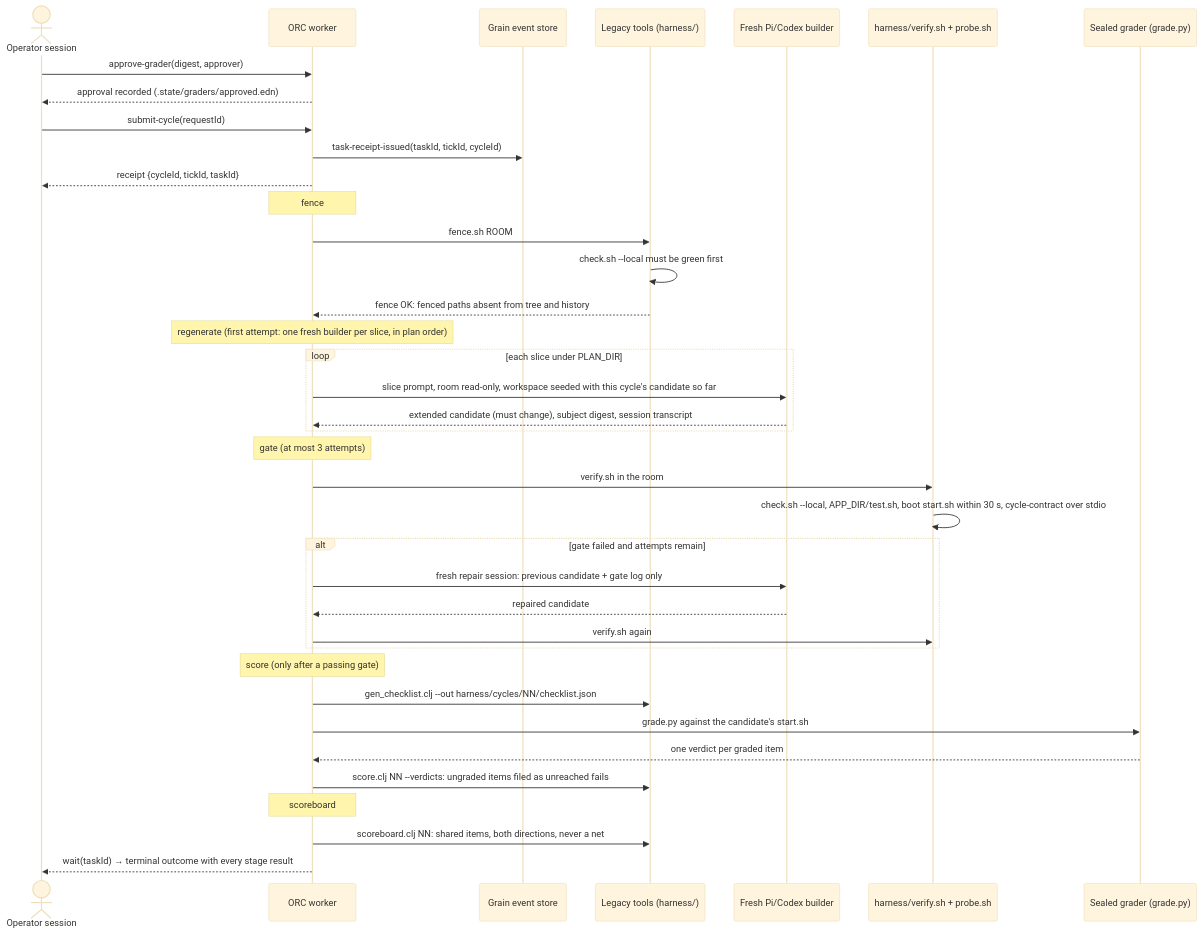
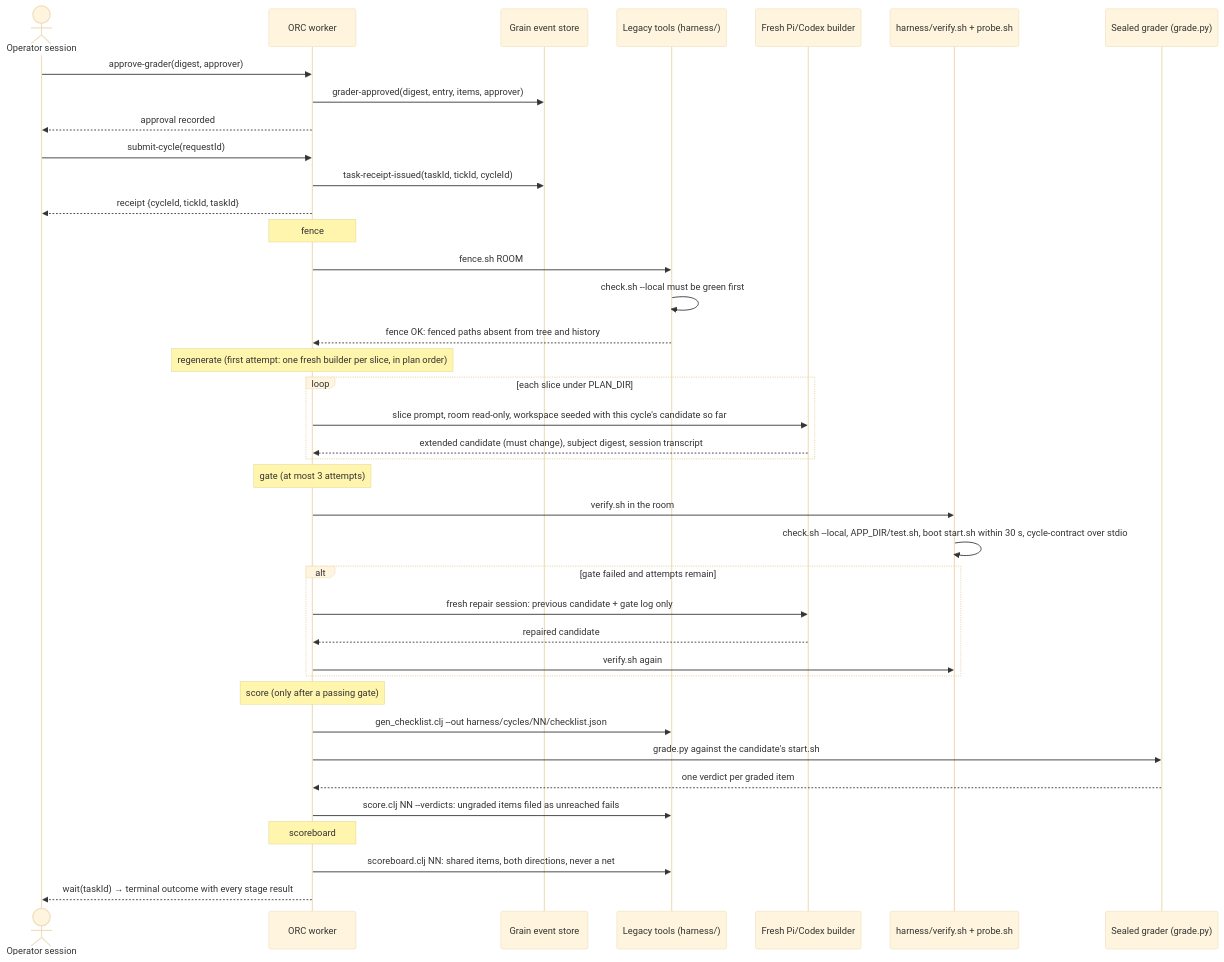
The third of 6 diagrams in .pi/architecture.md (scope-impact/loyly), drawn with Mermaid (base theme) before and after one commit. The commit also changed other lines of this file and 13 other files, not shown here.

First line of the commit message:
Approve graders as Grain facts, and score with every approved grader

````diff
--- a/.pi/architecture.md
+++ b/.pi/architecture.md
@@ -199,41 +199,42 @@
 ```mermaid
 sequenceDiagram
     actor Operator as Operator session
     participant ORC as ORC worker
     participant Grain as Grain event store
     participant Tools as Legacy tools (harness/)
     participant Builder as Fresh Pi/Codex builder
     participant Gate as harness/verify.sh + probe.sh
     participant Grader as Sealed grader (grade.py)
 
     Operator->>ORC: approve-grader(digest, approver)
-    ORC-->>Operator: approval recorded (.state/graders/approved.edn)
+    ORC->>Grain: grader-approved(digest, entry, items, approver)
+    ORC-->>Operator: approval recorded
     Operator->>ORC: submit-cycle(requestId)
     ORC->>Grain: task-receipt-issued(taskId, tickId, cycleId)
     ORC-->>Operator: receipt {cycleId, tickId, taskId}
     Note over ORC: fence
     ORC->>Tools: fence.sh ROOM
     Tools->>Tools: check.sh --local must be green first
     Tools-->>ORC: fence OK: fenced paths absent from tree and history
     Note over ORC: regenerate (first attempt: one fresh builder per slice, in plan order)
     loop each slice under PLAN_DIR
         ORC->>Builder: slice prompt, room read-only, workspace seeded with this cycle's candidate so far
         Builder-->>ORC: extended candidate (must change), subject digest, session transcript
     end
     Note over ORC: gate (at most 3 attempts)
     ORC->>Gate: verify.sh in the room
     Gate->>Gate: check.sh --local, APP_DIR/test.sh, boot start.sh within 30 s, cycle-contract over stdio
     alt gate failed and attempts remain
         ORC->>Builder: fresh repair session: previous candidate + gate log only
         Builder-->>ORC: repaired candidate
         ORC->>Gate: verify.sh again
     end
     Note over ORC: score (only after a passing gate)
     ORC->>Tools: gen_checklist.clj --out harness/cycles/NN/checklist.json
     ORC->>Grader: grade.py against the candidate's start.sh
     Grader-->>ORC: one verdict per graded item
     ORC->>Tools: score.clj NN --verdicts: ungraded items filed as unreached fails
     Note over ORC: scoreboard
     ORC->>Tools: scoreboard.clj NN: shared items, both directions, never a net
     ORC-->>Operator: wait(taskId) → terminal outcome with every stage result
 ```
````
